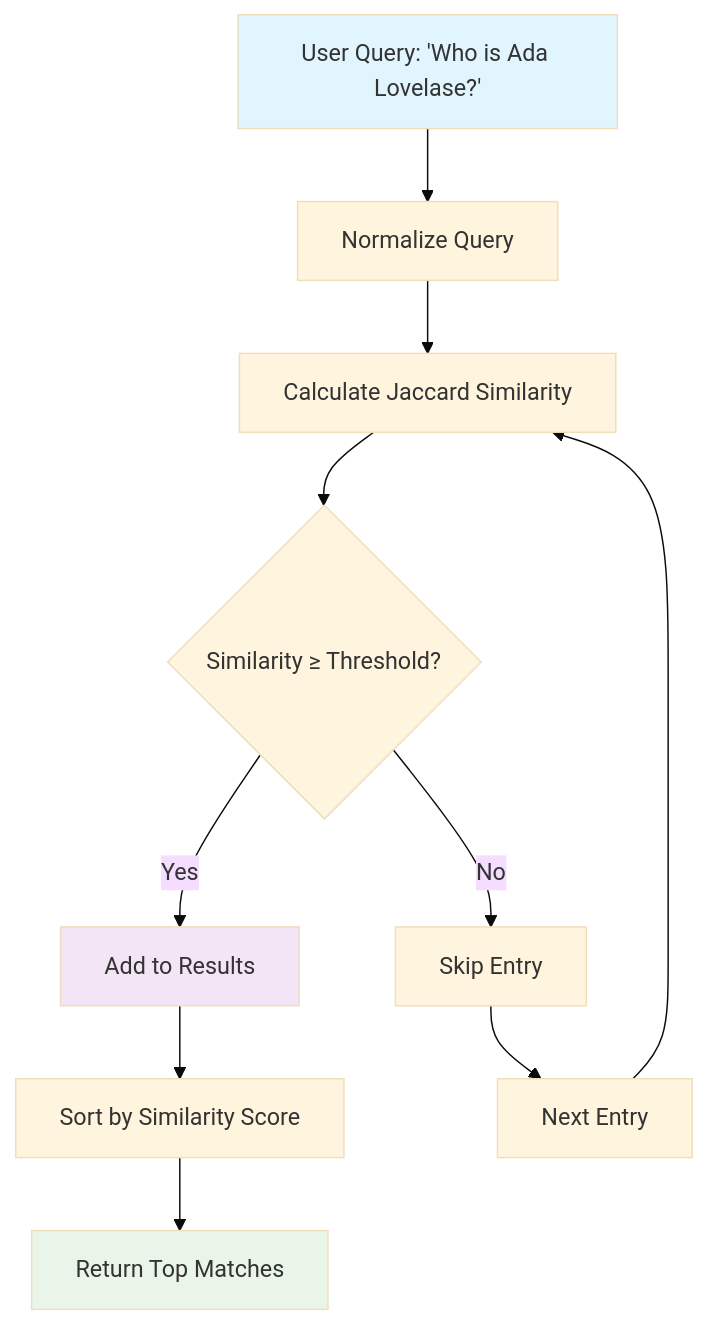
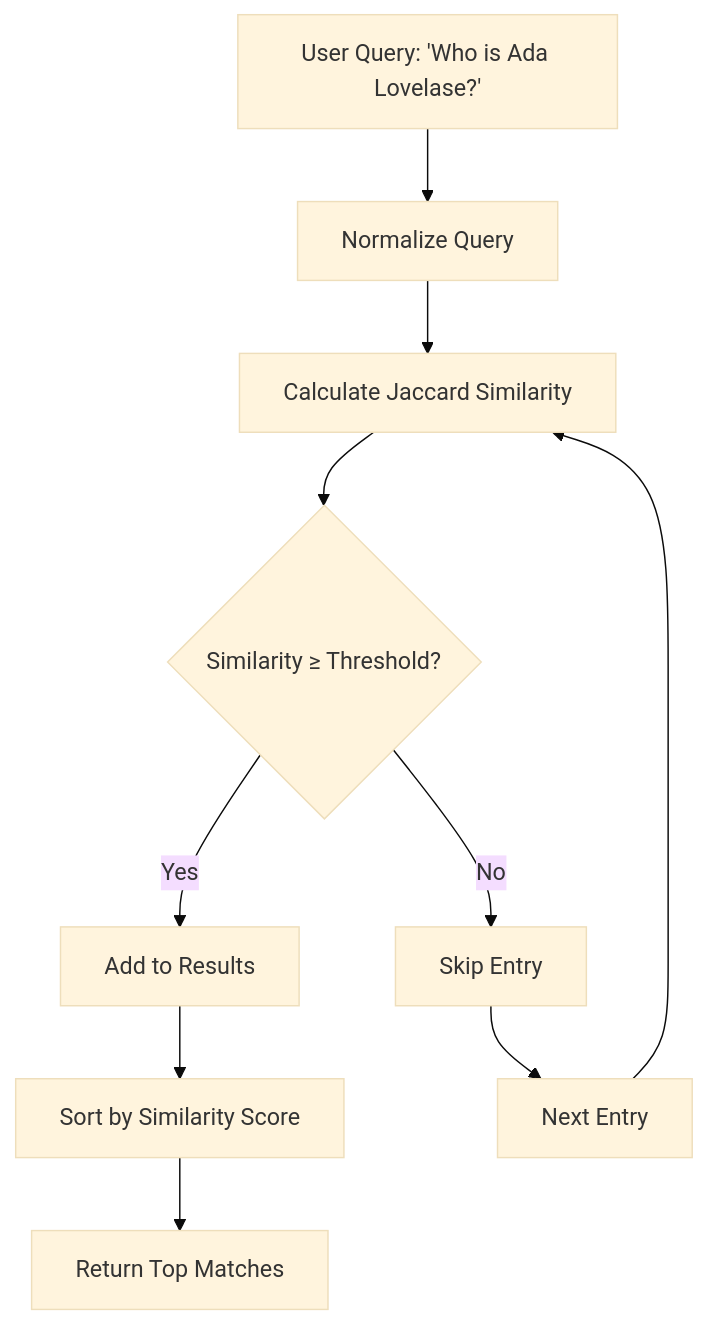
One commit to mirzaazwad/AIToolProject changed the third of 5 diagrams in README.md. Above: the diagram before and after it, drawn with Mermaid (base theme). The commit also changed other lines of this file and 2 other files, not shown here.

````diff
--- a/README.md
+++ b/README.md
@@ -553,16 +521,12 @@
 ```mermaid
 flowchart TD
     A["User Query: 'Who is Ada Lovelase?'"] --> B[Normalize Query]
     B --> C[Calculate Jaccard Similarity]
     C --> D{Similarity ≥ Threshold?}
     D -->|Yes| E[Add to Results]
     D -->|No| F[Skip Entry]
     E --> G[Sort by Similarity Score]
     F --> H[Next Entry]
     H --> C
     G --> I[Return Top Matches]
-
-    style A fill:#e1f5fe
-    style I fill:#e8f5e8
-    style E fill:#f3e5f5
 ```
````
